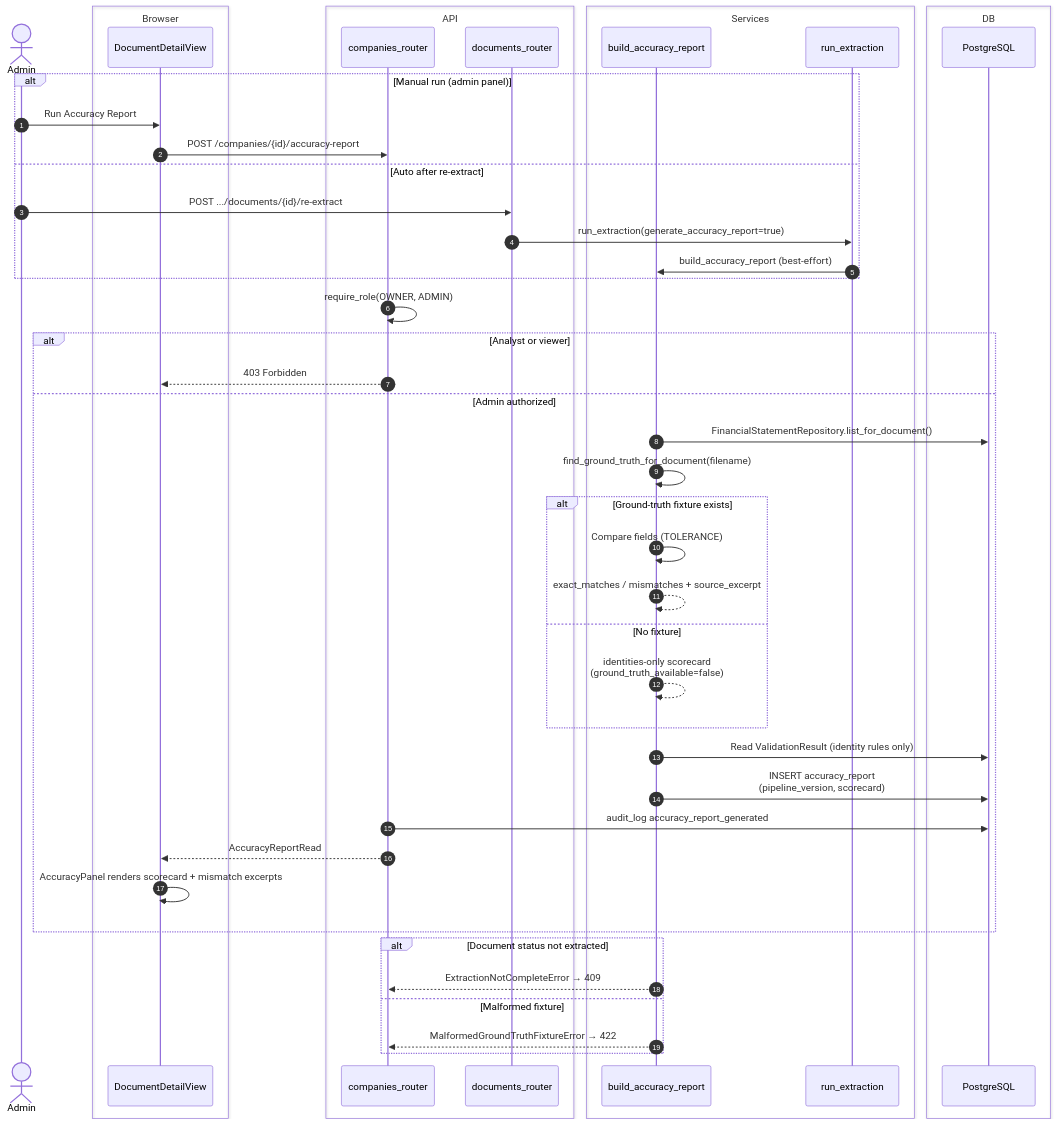
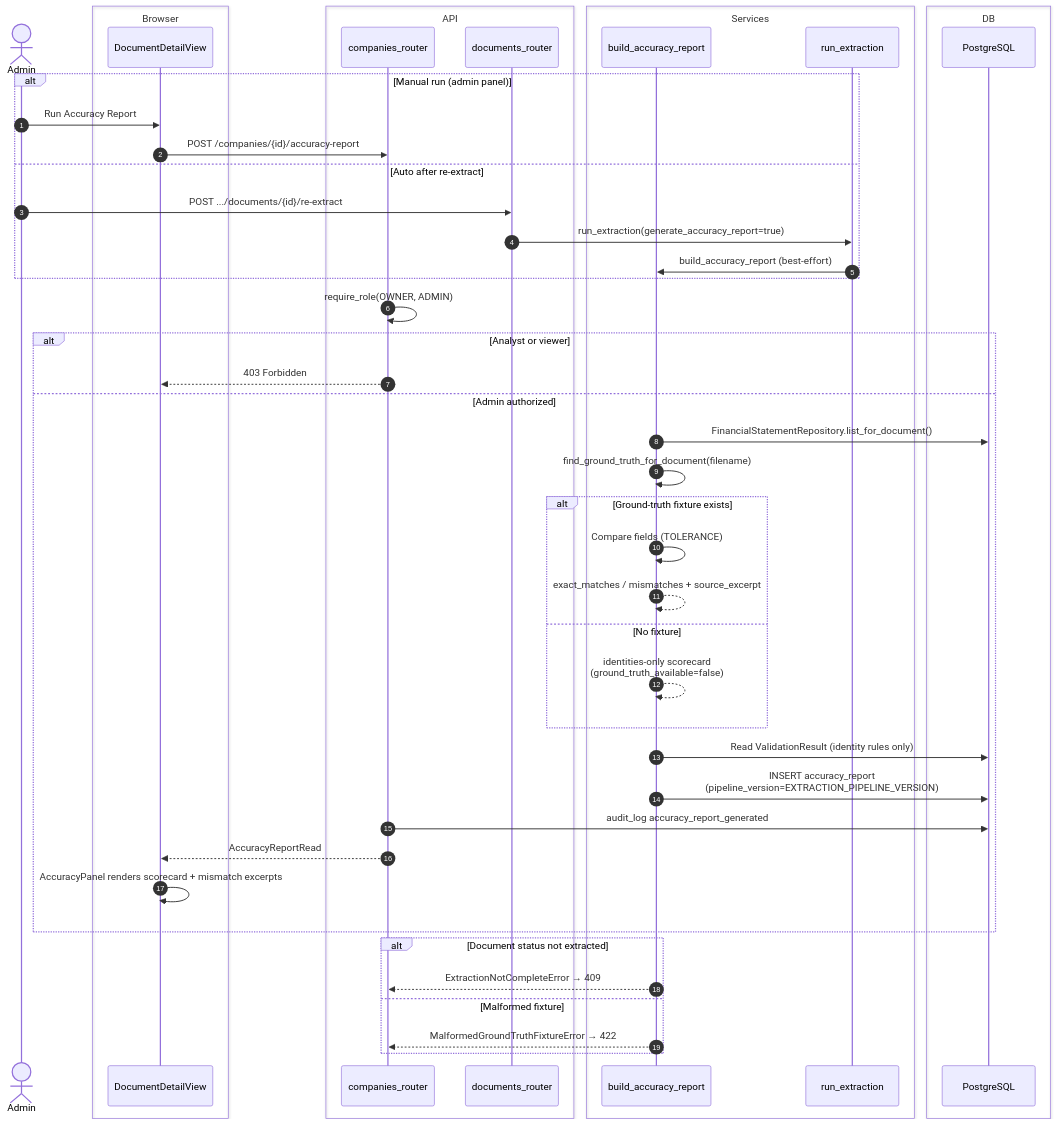
The fifth of 6 diagrams in README.md (Wuxioawu/assiduous-board-report), drawn with Mermaid before and after one commit. The commit also changed other lines of this file and 15 other files, not shown here.

````diff
--- a/README.md
+++ b/README.md
@@ -302,56 +312,56 @@
 ```mermaid
 sequenceDiagram
     autonumber
     actor Admin
     box Browser
         participant Browser as DocumentDetailView
     end
     box API
         participant API as companies_router
         participant DocsAPI as documents_router
     end
     box Services
         participant AccuracySvc as build_accuracy_report
         participant Pipeline as run_extraction
     end
     box DB
         participant DB as PostgreSQL
     end
 
     alt Manual run (admin panel)
         Admin->>Browser: Run Accuracy Report
         Browser->>API: POST /companies/{id}/accuracy-report
     else Auto after re-extract
         Admin->>DocsAPI: POST .../documents/{id}/re-extract
         DocsAPI->>Pipeline: run_extraction(generate_accuracy_report=true)
         Pipeline->>AccuracySvc: build_accuracy_report (best-effort)
     end
 
     API->>API: require_role(OWNER, ADMIN)
 
     alt Analyst or viewer
         API-->>Browser: 403 Forbidden
     else Admin authorized
         AccuracySvc->>DB: FinancialStatementRepository.list_for_document()
         AccuracySvc->>AccuracySvc: find_ground_truth_for_document(filename)
 
         alt Ground-truth fixture exists
             AccuracySvc->>AccuracySvc: Compare fields (TOLERANCE)
             AccuracySvc-->>AccuracySvc: exact_matches / mismatches + source_excerpt
         else No fixture
             AccuracySvc-->>AccuracySvc: identities-only scorecard<br/>(ground_truth_available=false)
         end
 
         AccuracySvc->>DB: Read ValidationResult (identity rules only)
-        AccuracySvc->>DB: INSERT accuracy_report<br/>(pipeline_version, scorecard)
+        AccuracySvc->>DB: INSERT accuracy_report<br/>(pipeline_version=EXTRACTION_PIPELINE_VERSION)
         API->>DB: audit_log accuracy_report_generated
         API-->>Browser: AccuracyReportRead
         Browser->>Browser: AccuracyPanel renders scorecard + mismatch excerpts
     end
 
     alt Document status not extracted
         AccuracySvc-->>API: ExtractionNotCompleteError → 409
     else Malformed fixture
         AccuracySvc-->>API: MalformedGroundTruthFixtureError → 422
     end
 ```
````
